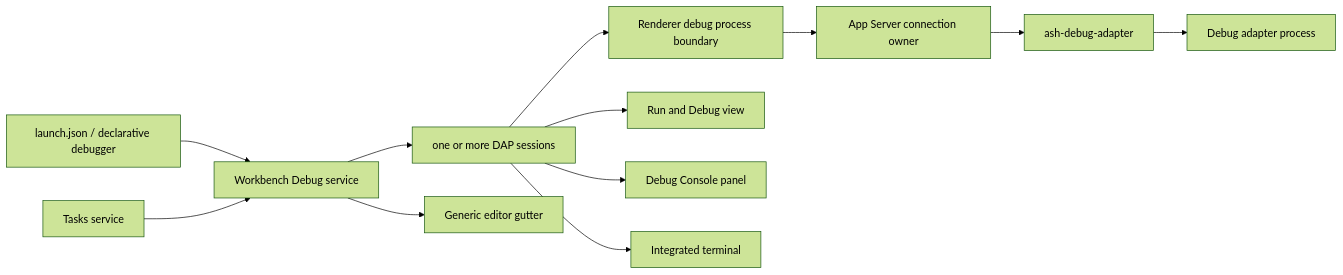
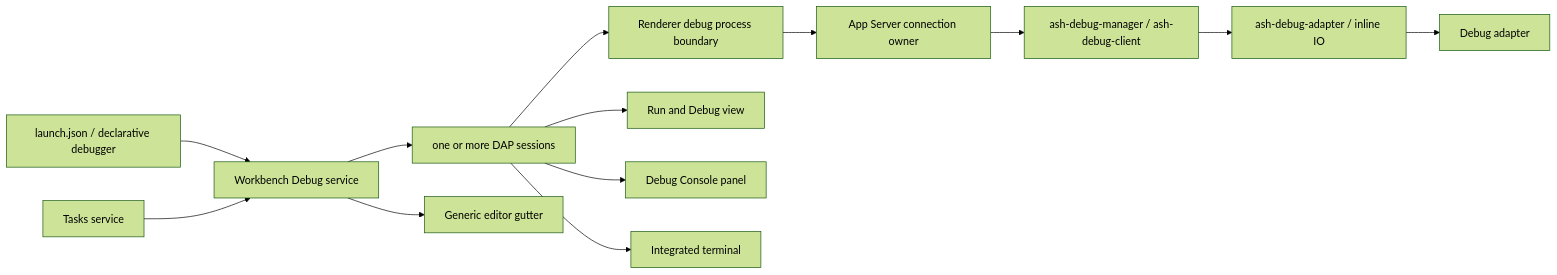
One commit to chogng/ash changed the second of 2 diagrams in docs/debugging.md. Above: the diagram before and after it, drawn with Mermaid (forest theme). The commit also changed other lines of this file and 76 other files, not shown here.

````diff
--- a/docs/debugging.md
+++ b/docs/debugging.md
@@ -24,14 +84,15 @@
 ```mermaid
 flowchart LR
     Launch["launch.json / declarative debugger"] --> DebugService["Workbench Debug service"]
     Tasks["Tasks service"] --> DebugService
     DebugService --> Sessions["one or more DAP sessions"]
     Sessions --> Platform["Renderer debug process boundary"]
     Platform --> AppServer["App Server connection owner"]
-    AppServer --> Runtime["ash-debug-adapter"]
-    Runtime --> Adapter["Debug adapter process"]
+    AppServer --> Manager["ash-debug-manager / ash-debug-client"]
+    Manager --> Runtime["ash-debug-adapter / inline IO"]
+    Runtime --> Adapter["Debug adapter"]
     Sessions --> View["Run and Debug view"]
     Sessions --> Console["Debug Console panel"]
     DebugService --> Gutter["Generic editor gutter"]
     Sessions --> Terminal["Integrated terminal"]
 ```
````
